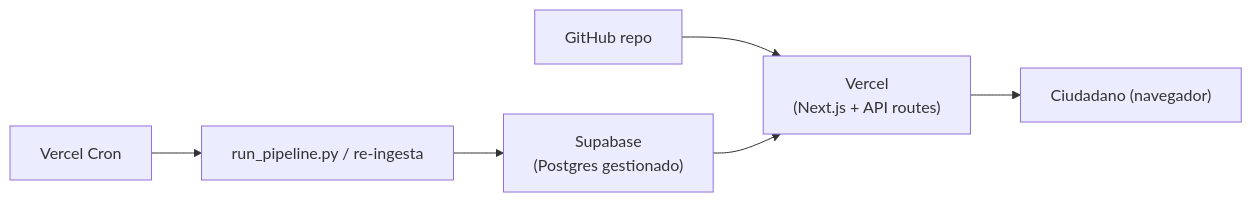
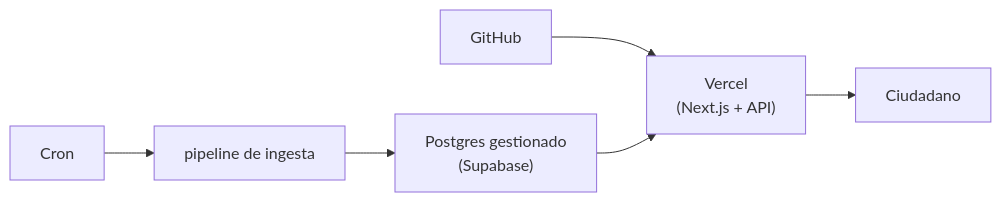
The fourth of 4 diagrams in docs/architecture.md (victorgalvez56/dsc-pucp-vibecoding-2026-hack), drawn with Mermaid before and after one commit. The commit also changed other lines of this file and 24 other files, not shown here.

````diff
--- a/docs/architecture.md
+++ b/docs/architecture.md
@@ -138,8 +150,8 @@
 ```mermaid
 flowchart LR
-    GH["GitHub repo"] --> VERCEL["Vercel\n(Next.js + API routes)"]
-    SUPA["Supabase\n(Postgres gestionado)"] --> VERCEL
-    CRON["Vercel Cron"] --> ETL["run_pipeline.py / re-ingesta"]
-    ETL --> SUPA
-    VERCEL --> USER["Ciudadano (navegador)"]
+    GH["GitHub"] --> VERCEL["Vercel\n(Next.js + API)"]
+    SUPA["Postgres gestionado\n(Supabase)"] --> VERCEL
+    CRON["Cron"] --> PIPE["pipeline de ingesta"]
+    PIPE --> SUPA
+    VERCEL --> USER["Ciudadano"]
 ```
````
